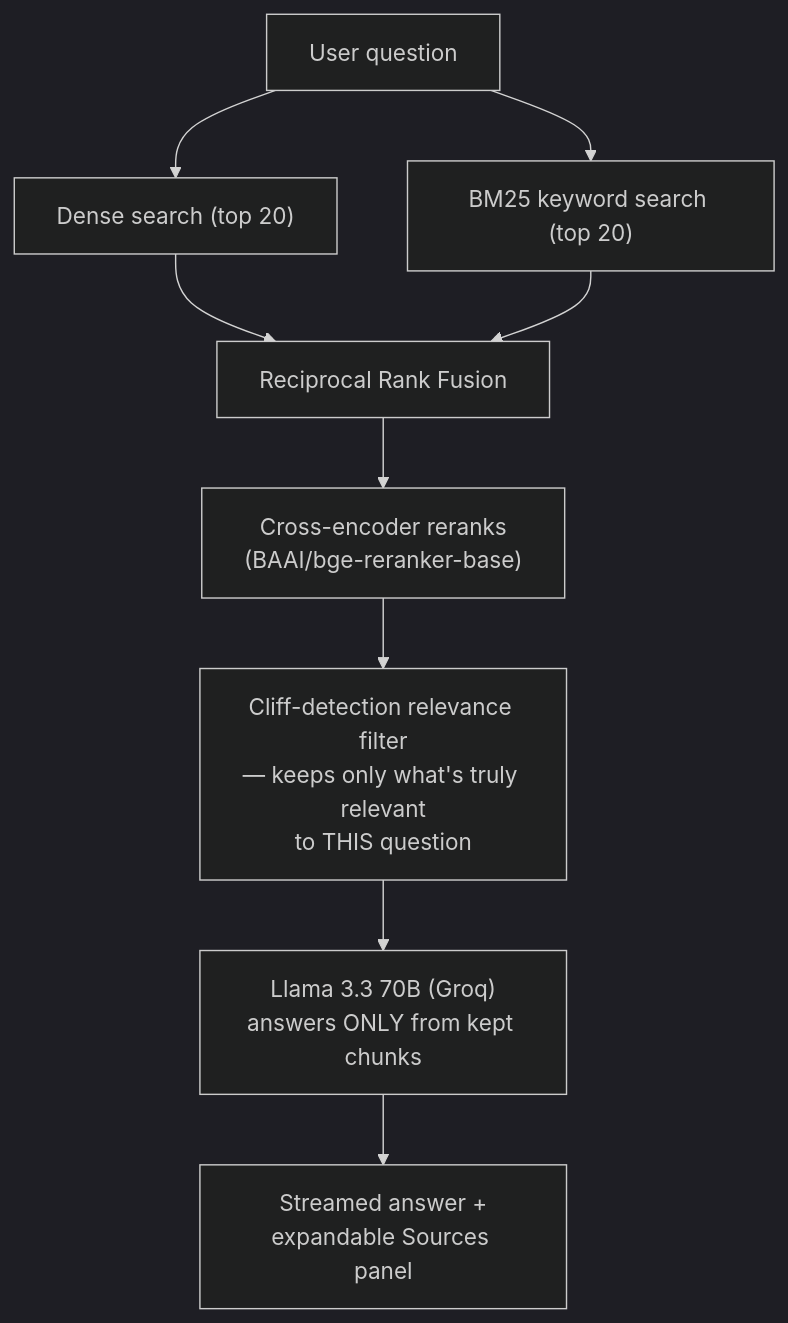
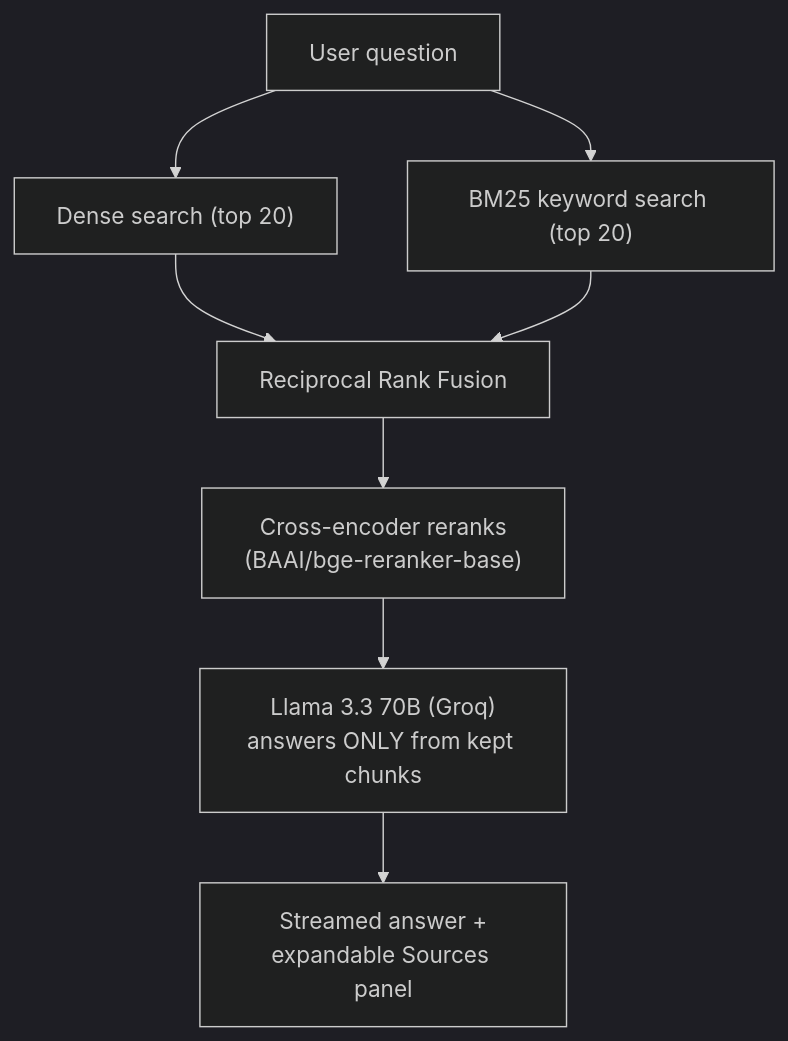
One commit to KalyanKonga16/PhotonXRAG changed the second of 2 diagrams in README.md. Above: the diagram before and after it, drawn with Mermaid (dark theme). The commit also changed other lines of this file, not shown here.

````diff
--- a/README.md
+++ b/README.md
@@ -71,11 +71,10 @@
 ```mermaid
 flowchart TD
     Q["User question"] --> D1["Dense search (top 20)"]
     Q --> D2["BM25 keyword search (top 20)"]
     D1 --> F["Reciprocal Rank Fusion"]
     D2 --> F
     F --> R["Cross-encoder reranks<br/>(BAAI/bge-reranker-base)"]
-    R --> S["Cliff-detection relevance filter<br/>— keeps only what's truly relevant<br/>to THIS question"]
-    S --> L["Llama 3.3 70B (Groq)<br/>answers ONLY from kept chunks"]
+    R --> L["Llama 3.3 70B (Groq)<br/>answers ONLY from kept chunks"]
     L --> UI["Streamed answer +<br/>expandable Sources panel"]
 ```
````
